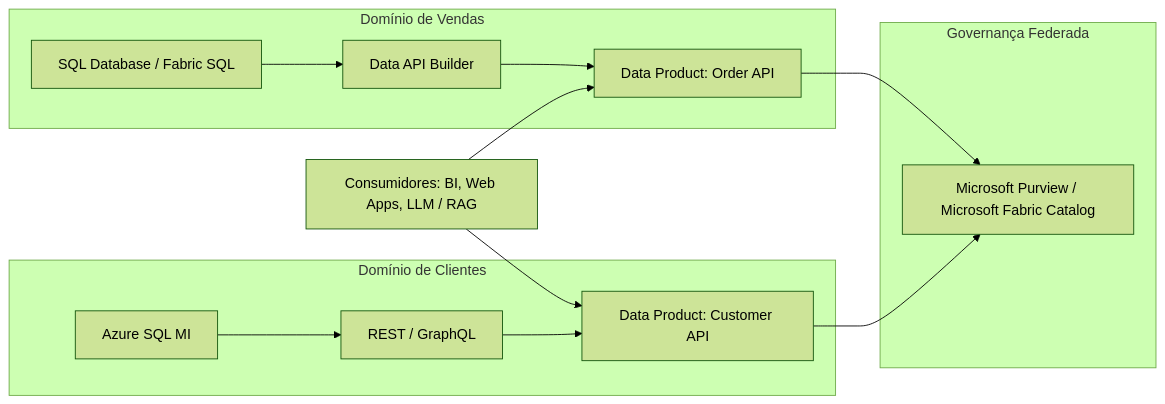
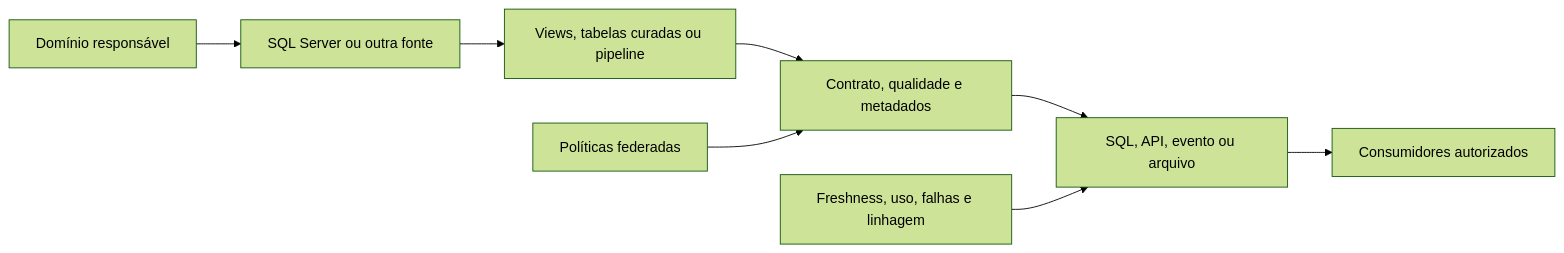
One commit to jucelinoss/dp-800-study-guide changed the second of 2 diagrams in i18n/pt-BR/certification/12-other-topics/01-architectures-eav-datamesh-sqlserver.md. Above: the diagram before and after it, drawn with Mermaid (forest theme). The commit also changed other lines of this file and 17 other files, not shown here.

Commit message:
docs: expand data architecture topic guides

````diff
--- a/i18n/pt-BR/certification/12-other-topics/01-architectures-eav-datamesh-sqlserver.md
+++ b/i18n/pt-BR/certification/12-other-topics/01-architectures-eav-datamesh-sqlserver.md
@@ -93,21 +69,10 @@
 ```mermaid
-graph LR
-    subgraph Domínio de Vendas
-        DB1[SQL Database / Fabric SQL] --> DAB1[Data API Builder]
-        DAB1 --> DP1[Data Product: Order API]
-    end
-
-    subgraph Domínio de Clientes
-        DB2[Azure SQL MI] --> DAB2[REST / GraphQL]
-        DAB2 --> DP2[Data Product: Customer API]
-    end
-
-    subgraph Governança Federada
-        Purview[Microsoft Purview / Microsoft Fabric Catalog]
-    end
-
-    DP1 --> Purview
-    DP2 --> Purview
-    Consumer[Consumidores: BI, Web Apps, LLM / RAG] --> DP1
-    Consumer --> DP2
+flowchart LR
+    Domain[Domínio responsável] --> Source[SQL Server ou outra fonte]
+    Source --> Curate[Views, tabelas curadas ou pipeline]
+    Curate --> Contract[Contrato, qualidade e metadados]
+    Contract --> Publish[SQL, API, evento ou arquivo]
+    Publish --> Consumer[Consumidores autorizados]
+    Observe[Freshness, uso, falhas e linhagem] --> Publish
+    Govern[Políticas federadas] --> Contract
 ```
````
